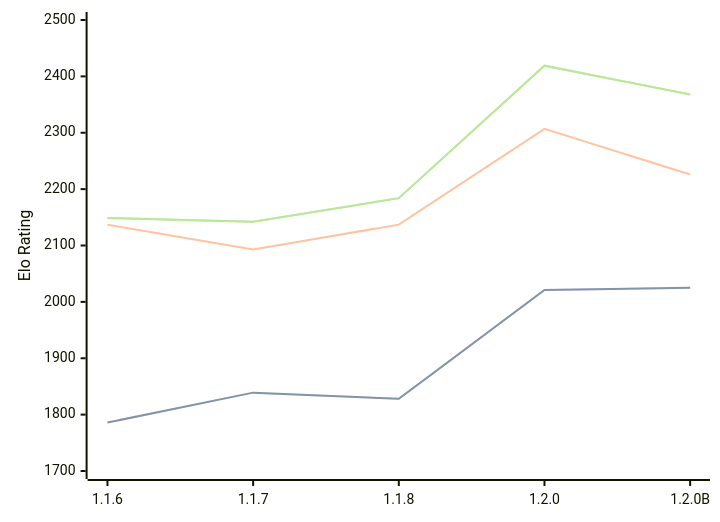
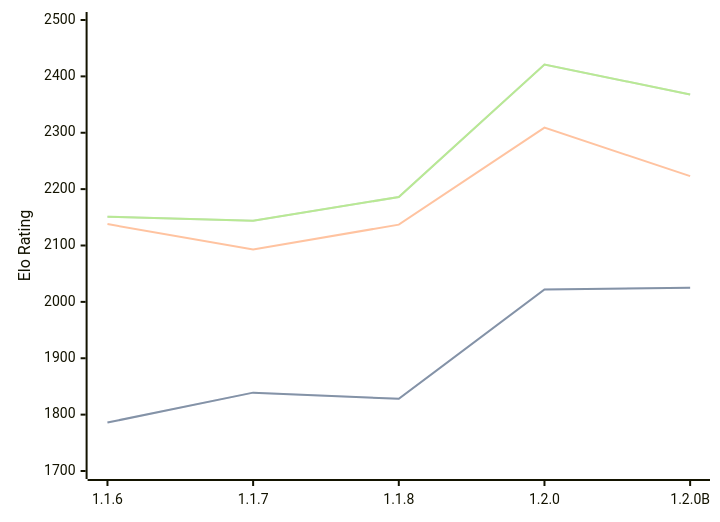
One commit to computer-chess-index/cci changed the third of 3 diagrams in engines/Soomi.md. Above: the diagram before and after it, drawn with Mermaid. The commit also changed other lines of this file, not shown here.

Commit message:
Update CCI Ratings (ELO VLTC) - 2026-06-23

````diff
--- a/engines/Soomi.md
+++ b/engines/Soomi.md
@@ -68,11 +68,11 @@
 ```mermaid
 %%{init: {"theme":"base","themeVariables":{"seriesColors:['#a3a3a3','#222221','#faa371']}}}%%
 xychart-beta
   x-axis ["1.1.6", "1.1.7", "1.1.8", "1.2.0", "1.2.0B"]
   y-axis "Elo Rating" 1700 --> 2500
-  line "STC (8.0+0.08s)" [1786, 1839, 1828, 2021, 2025]
-  line "STC (8.0+0.08s)" [1786, 1839, 1828, 2021, 2025]
-  line "LTC (60.0+0.60s)" [2137, 2093, 2137, 2307, 2226]
-  line "VLTC (2m24s+1.12s)" [2149, 2142, 2184, 2419, 2368]
-  line "VLTC (2m24s+1.12s)" [2149, 2142, 2184, 2419, 2368]
+  line "STC (8.0+0.08s)" [1786, 1839, 1828, 2022, 2025]
+  line "STC (8.0+0.08s)" [1786, 1839, 1828, 2022, 2025]
+  line "LTC (60.0+0.60s)" [2138, 2093, 2137, 2309, 2223]
+  line "VLTC (2m24s+1.12s)" [2151, 2144, 2186, 2421, 2368]
+  line "VLTC (2m24s+1.12s)" [2151, 2144, 2186, 2421, 2368]
 ```
````
